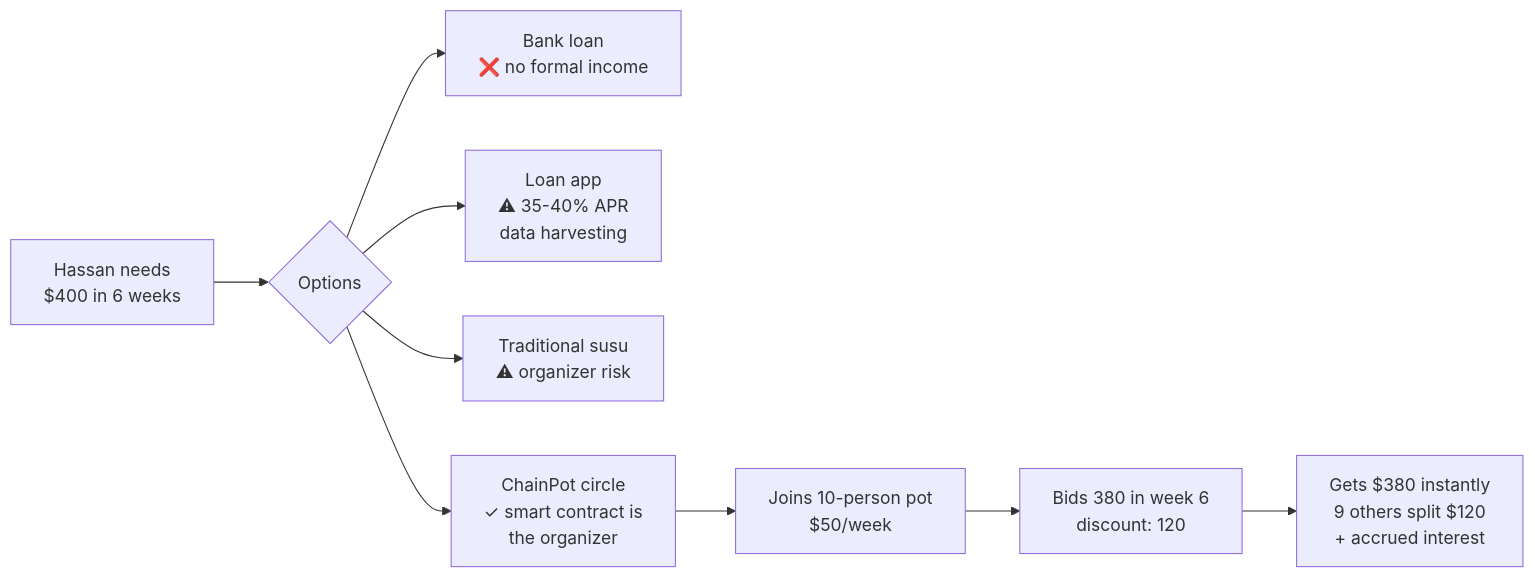
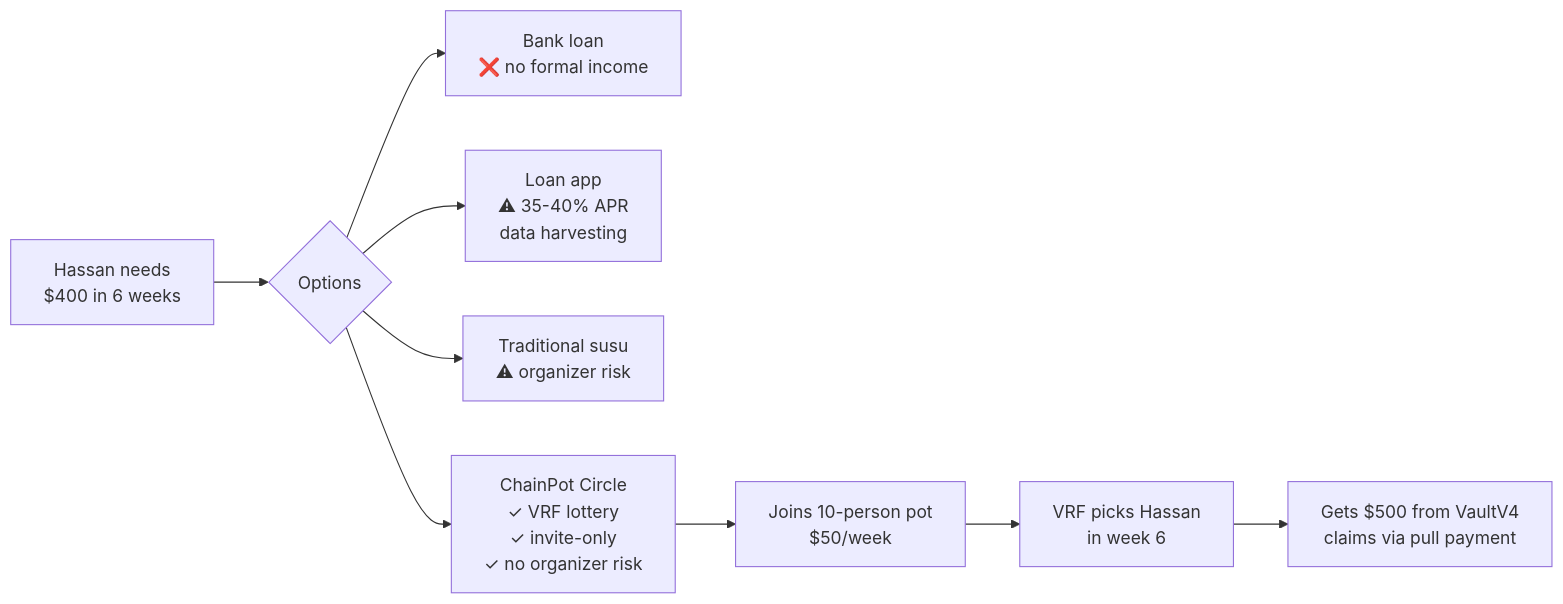
The third of 6 diagrams in userpersona.md (Web3Spell/chainpot), drawn with Mermaid before and after one commit. The commit also changed other lines of this file and 1 other file, not shown here.

````diff
--- a/userpersona.md
+++ b/userpersona.md
@@ -88,11 +103,11 @@
 ```mermaid
 flowchart LR
-    A[Hassan needs<br/>$400 in 6 weeks] --> B{Options}
-    B --> C[Bank loan<br/>❌ no formal income]
-    B --> D[Loan app<br/>⚠ 35-40% APR<br/>data harvesting]
-    B --> E[Traditional susu<br/>⚠ organizer risk]
-    B --> F[ChainPot circle<br/>✓ smart contract is<br/>the organizer]
-    F --> G[Joins 10-person pot<br/>$50/week]
-    G --> H[Bids 380 in week 6<br/>discount: 120]
-    H --> I[Gets $380 instantly<br/>9 others split $120<br/>+ accrued interest]
+    A["Hassan needs<br/>$400 in 6 weeks"] --> B{Options}
+    B --> C["Bank loan<br/>❌ no formal income"]
+    B --> D["Loan app<br/>⚠ 35-40% APR<br/>data harvesting"]
+    B --> E["Traditional susu<br/>⚠ organizer risk"]
+    B --> F["ChainPot Circle<br/>✓ VRF lottery<br/>✓ invite-only<br/>✓ no organizer risk"]
+    F --> G["Joins 10-person pot<br/>$50/week"]
+    G --> H["VRF picks Hassan<br/>in week 6"]
+    H --> I["Gets $500 from VaultV4<br/>claims via pull payment"]
 ```
````
